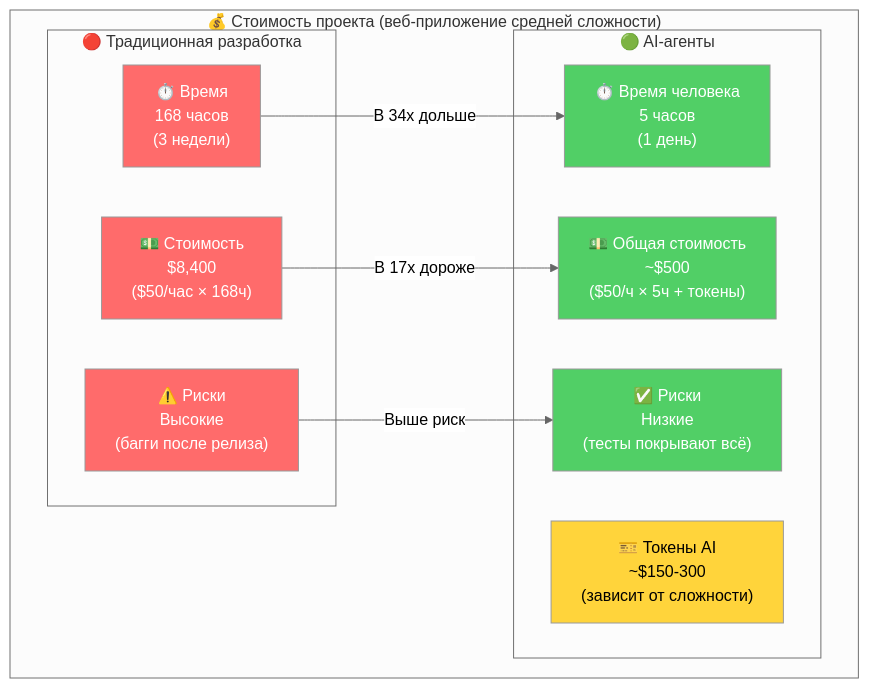
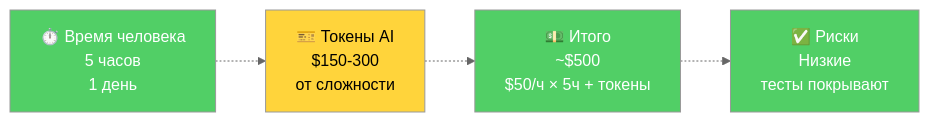
Diagram 12 of 13 in materials/workshop3.md (ad3002/masters-course-2025-vibe-coding), drawn with Mermaid (neutral theme) before and after one commit. The commit also changed other lines of this file, not shown here.

Commit message:
fix: исправлен layout диаграммы стоимости
- Разделены на две отдельные горизонтальные диаграммы
- Убраны вложенные subgraph которые вызывали наложение
- Использованы пунктирные стрелки для визуальной связи
- Добавлено текстовое сравнение с конкретными цифрами
- Улучшена читаемость: текст не налазит на блоки

Результат: чистое отображение без наложений

````diff
--- a/materials/workshop3.md
+++ b/materials/workshop3.md
@@ -623,31 +639,16 @@
 ```mermaid
-graph TB
-    subgraph "💰 Стоимость проекта (веб-приложение средней сложности)"
-        direction LR
+graph LR
+    A_TIME["⏱️ Время человека<br/>5 часов<br/>1 день"]
+    A_TOKENS["🎫 Токены AI<br/>$150-300<br/>от сложности"]
+    A_COST["💵 Итого<br/>~$500<br/>$50/ч × 5ч + токены"]
+    A_RISK["✅ Риски<br/>Низкие<br/>тесты покрывают"]
 
-        subgraph "🔴 Традиционная разработка"
-            T_TIME["⏱️ Время<br/>168 часов<br/>(3 недели)"]
-            T_COST["💵 Стоимость<br/>$8,400<br/>($50/час × 168ч)"]
-            T_RISK["⚠️ Риски<br/>Высокие<br/>(багги после релиза)"]
-        end
+    A_TIME -.-> A_TOKENS
+    A_TOKENS -.-> A_COST
+    A_COST -.-> A_RISK
 
-        subgraph "🟢 AI-агенты"
-            A_TIME["⏱️ Время человека<br/>5 часов<br/>(1 день)"]
-            A_TOKENS["🎫 Токены AI<br/>~$150-300<br/>(зависит от сложности)"]
-            A_COST["💵 Общая стоимость<br/>~$500<br/>($50/ч × 5ч + токены)"]
-            A_RISK["✅ Риски<br/>Низкие<br/>(тесты покрывают всё)"]
-        end
-    end
-
-    T_COST -->|"В 17х дороже"| A_COST
-    T_TIME -->|"В 34х дольше"| A_TIME
-    T_RISK -->|"Выше риск"| A_RISK
-
-    style T_TIME fill:#ff6b6b,color:#fff
-    style T_COST fill:#ff6b6b,color:#fff
-    style T_RISK fill:#ff6b6b,color:#fff
     style A_TIME fill:#51cf66,color:#fff
     style A_TOKENS fill:#ffd43b
     style A_COST fill:#51cf66,color:#fff
     style A_RISK fill:#51cf66,color:#fff
 ```
````
